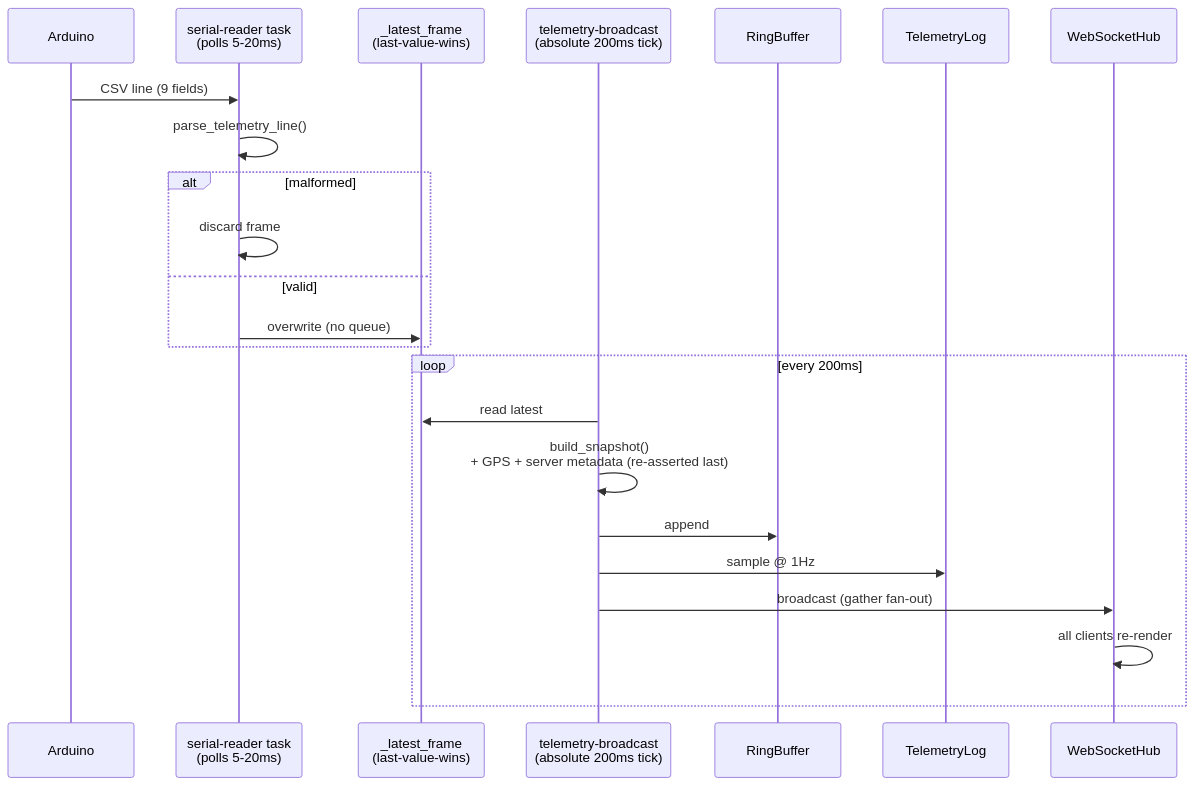
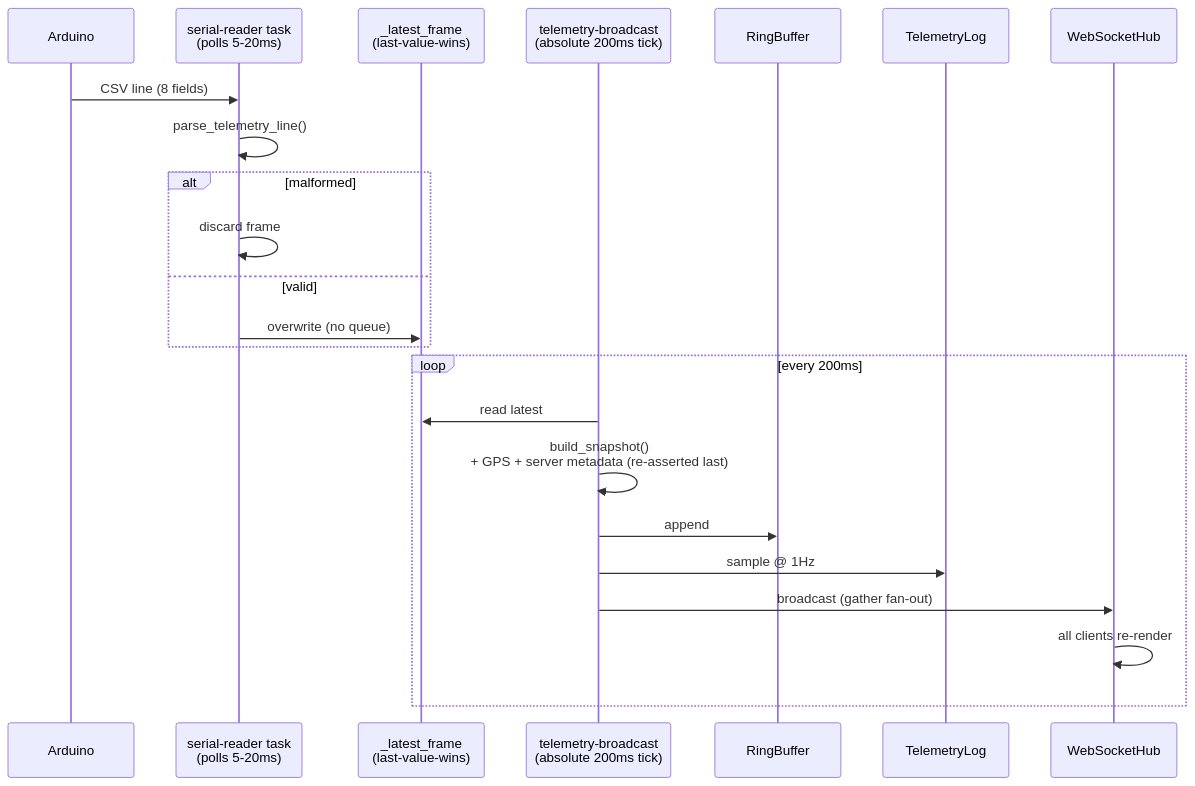
One commit to baiust999/robort-code-from-pi changed the eighth of 13 diagrams in docs/ARCHITECTURE.md. Above: the diagram before and after it, drawn with Mermaid. The commit also changed other lines of this file and 19 other files, not shown here.

````diff
--- a/docs/ARCHITECTURE.md
+++ b/docs/ARCHITECTURE.md
@@ -295,27 +294,27 @@
 ```mermaid
 sequenceDiagram
     participant AR as Arduino
     participant SR as serial-reader task<br/>(polls 5-20ms)
     participant LF as _latest_frame<br/>(last-value-wins)
     participant TB as telemetry-broadcast<br/>(absolute 200ms tick)
     participant RB as RingBuffer
     participant TL as TelemetryLog
     participant WS as WebSocketHub
 
-    AR->>SR: CSV line (9 fields)
+    AR->>SR: CSV line (8 fields)
     SR->>SR: parse_telemetry_line()
     alt malformed
         SR->>SR: discard frame
     else valid
         SR->>LF: overwrite (no queue)
     end
 
     loop every 200ms
         TB->>LF: read latest
         TB->>TB: build_snapshot()<br/>+ GPS + server metadata (re-asserted last)
         TB->>RB: append
         TB->>TL: sample @ 1Hz
         TB->>WS: broadcast (gather fan-out)
         WS->>WS: all clients re-render
     end
 ```
````
